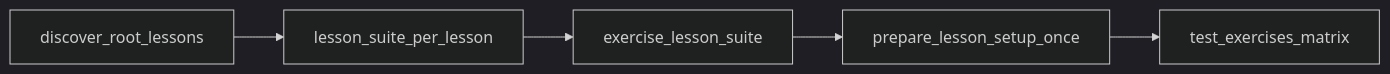
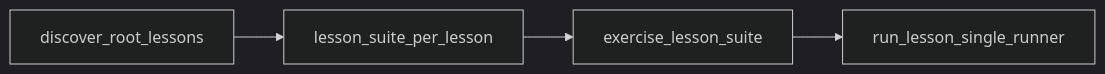
One commit to morbargig/linux-practice changed the diagram in docs/teacher-guide.md. Above: the diagram before and after it, drawn with Mermaid (dark theme). The commit also changed other lines of this file and 1 other file, not shown here.

First line of the commit message:
ci: one runner per lesson — install tooling once (drop inner exercise matrix)

````diff
--- a/docs/teacher-guide.md
+++ b/docs/teacher-guide.md
@@ -86,12 +89,10 @@
 ```mermaid
 flowchart LR
   discoverRoot[discover_root_lessons]
   lessonWave[lesson_suite_per_lesson]
   reusableRun[exercise_lesson_suite]
-  prepareLab[prepare_lesson_setup_once]
-  exercisesInner[test_exercises_matrix]
+  runLesson[run_lesson_single_runner]
   discoverRoot --> lessonWave
   lessonWave --> reusableRun
-  reusableRun --> prepareLab
-  prepareLab --> exercisesInner
+  reusableRun --> runLesson
 ```
````
